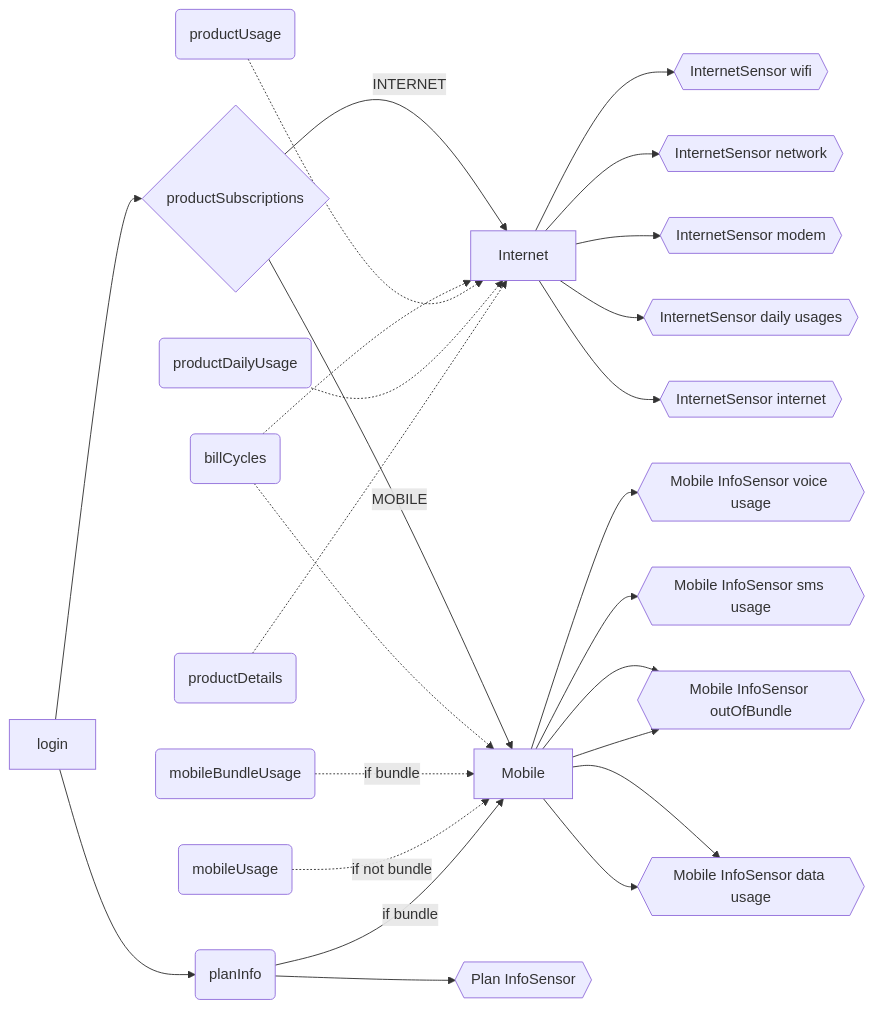
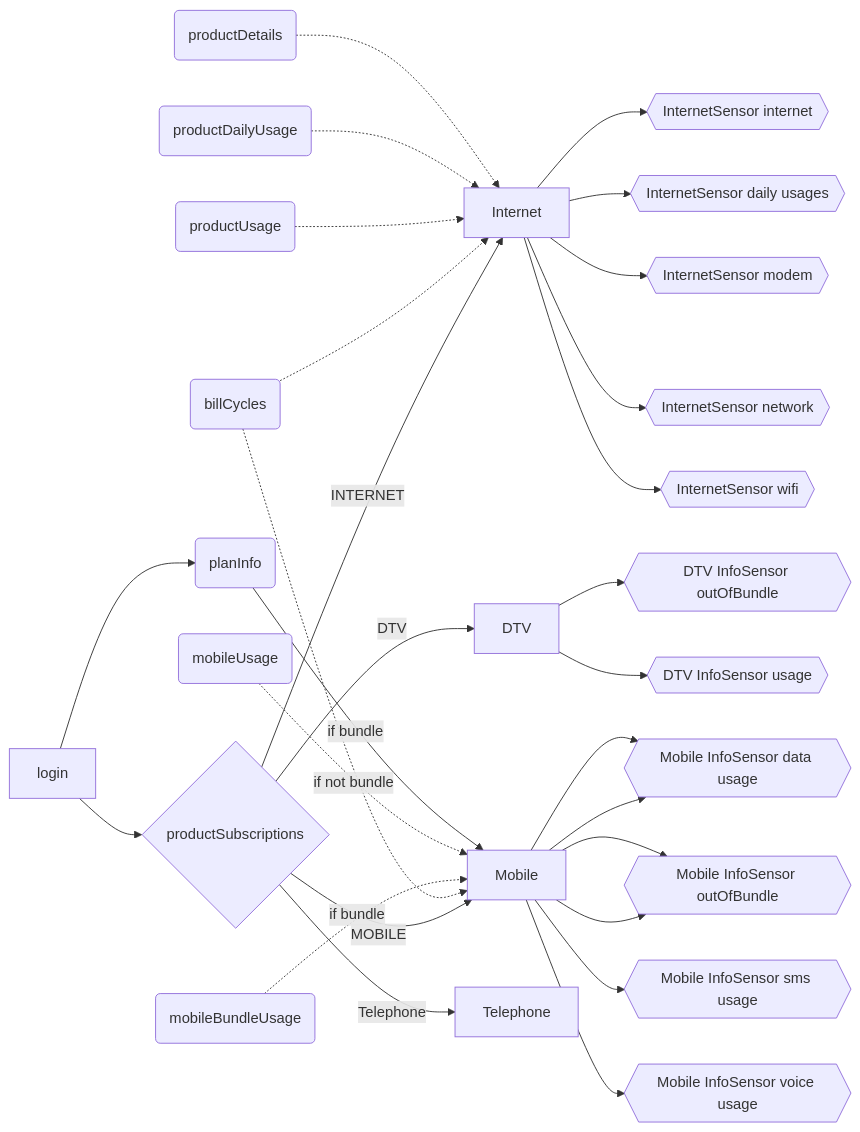
The diagram in documentation/SENSORS_LOGIC.md (geertmeersman/telenet), drawn with Mermaid before and after one commit. The commit also changed 21 other files, not shown here.

````diff
--- a/documentation/SENSORS_LOGIC.md
+++ b/documentation/SENSORS_LOGIC.md
@@ -5,37 +5,40 @@
 ```mermaid
 flowchart LR
     planInfo(planInfo)
     productUsage(productUsage)
     productDailyUsage(productDailyUsage)
-    productSubscriptions{productSubscriptions}
+    productActiveSubscriptions{productSubscriptions}
     productDetails(productDetails)
     mobileBundleUsage(mobileBundleUsage)
     mobileUsage(mobileUsage)
     Mobile
     Internet
     login --> planInfo
-    login --> productSubscriptions
-    productSubscriptions --> |INTERNET| Internet
-    productSubscriptions --> |MOBILE| Mobile
+    login --> productActiveSubscriptions
+    productActiveSubscriptions --> |INTERNET| Internet
+    productActiveSubscriptions --> |MOBILE| Mobile
+    productActiveSubscriptions --> |DTV| DTV
+    productActiveSubscriptions --> |Telephone| Telephone
     billCycles(billCycles)
     billCycles -.-> Internet
     billCycles -.-> Mobile
     productUsage -.-> Internet
     productDailyUsage -.-> Internet
     productDetails -.-> Internet
     mobileBundleUsage -.-> |if bundle| Mobile
     mobileUsage -.-> |if not bundle| Mobile
     planInfo --> |if bundle| Mobile
     Internet --> InternetSensor{{InternetSensor internet}}
     Internet --> InternetSensorDU{{InternetSensor daily usages}}
     Internet --> InternetSensorModem{{InternetSensor modem}}
     Internet --> InternetSensorNetwork{{InternetSensor network}}
     Internet --> InternetSensorWifi{{InternetSensor wifi}}
-    planInfo --> PlanInfoSensor{{Plan InfoSensor}}
     Mobile --> MobileInfoSensor_outOfBundle{{Mobile InfoSensor outOfBundle}}
     Mobile --> MobileInfoSensor_DataUsage{{Mobile InfoSensor data usage}}
     Mobile --> MobileInfoSensor_DataUsage{{Mobile InfoSensor data usage}}
     Mobile --> MobileInfoSensor_sms{{Mobile InfoSensor sms usage}}
     Mobile --> MobileInfoSensor_voice{{Mobile InfoSensor voice usage}}
     Mobile --> MobileInfoSensor_outOfBundle{{Mobile InfoSensor outOfBundle}}
+    DTV --> DTVInfoSensor_outOfBundle{{DTV InfoSensor outOfBundle}}
+    DTV --> DTVInfoSensor{{DTV InfoSensor usage}}
 ```
````
